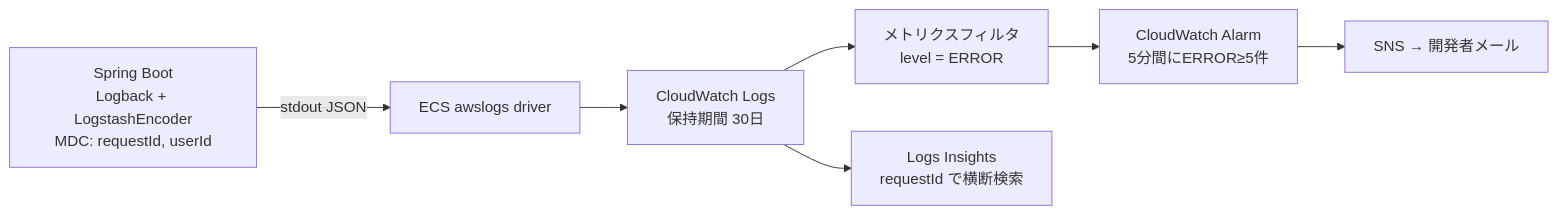
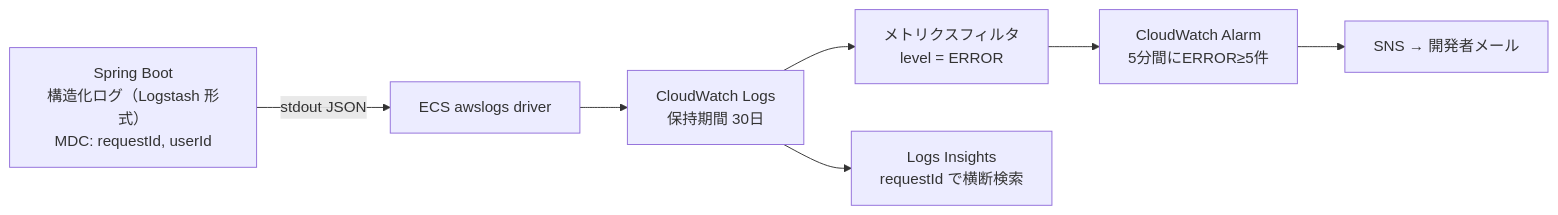
One commit to kuroda1995/TripDiary changed the sixth of 7 diagrams in docs/architecture.md. Above: the diagram before and after it, drawn with Mermaid. The commit also changed other lines of this file and 9 other files, not shown here.

````diff
--- a/docs/architecture.md
+++ b/docs/architecture.md
@@ -266,9 +268,9 @@
 ```mermaid
 flowchart LR
-    app["Spring Boot<br/>Logback + LogstashEncoder<br/>MDC: requestId, userId"] -->|stdout JSON| drv[ECS awslogs driver]
+    app["Spring Boot<br/>構造化ログ（Logstash 形式）<br/>MDC: requestId, userId"] -->|stdout JSON| drv[ECS awslogs driver]
     drv --> cwl[CloudWatch Logs<br/>保持期間 30日]
     cwl --> mf["メトリクスフィルタ<br/>level = ERROR"]
     mf --> alarm[CloudWatch Alarm<br/>5分間にERROR≥5件]
     alarm --> sns[SNS → 開発者メール]
     cwl --> insights[Logs Insights<br/>requestId で横断検索]
 ```
````
